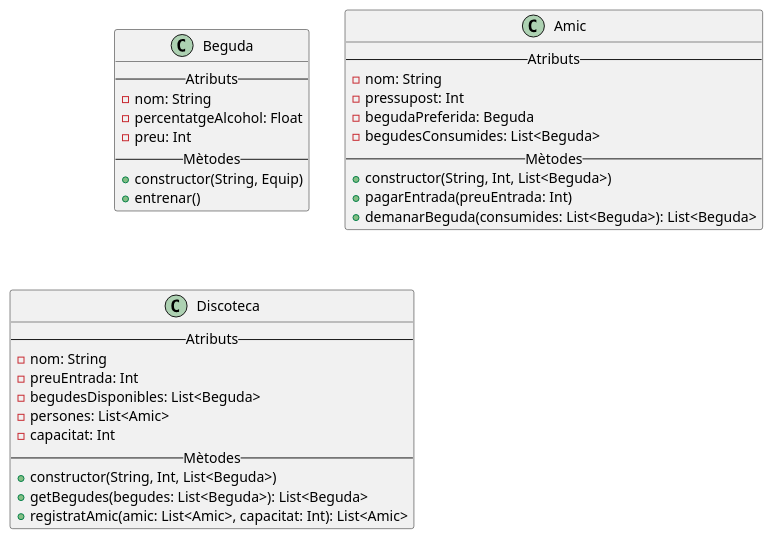
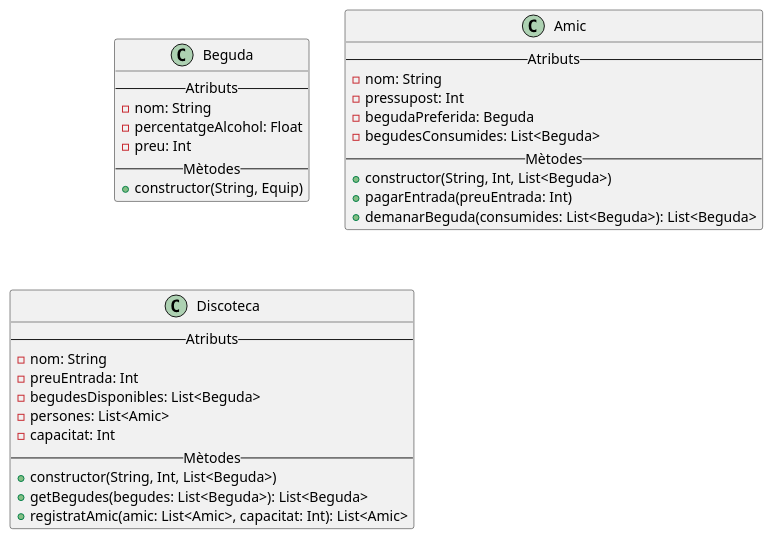
The diagram in src/main/kotlin/uml/Exercici6-Festa.puml (Dani-Alarcon/M5-A08-Disseny-de-diagrames-Classes-Dani-Alarcon), drawn with PlantUML before and after one commit. The commit also changed 2 other files, not shown here.

```diff
--- a/src/main/kotlin/uml/Exercici6-Festa.puml
+++ b/src/main/kotlin/uml/Exercici6-Festa.puml
@@ -1,39 +1,38 @@
 @startuml
 'https://plantuml.com/class-diagram
 
 class Beguda{
     -- Atributs --
     - nom: String
     - percentatgeAlcohol: Float
     - preu: Int
     -- Mètodes --
     + constructor(String, Equip)
-    + entrenar()
 }
 
 class Amic {
     -- Atributs --
     - nom: String
     - pressupost: Int
     - begudaPreferida: Beguda
     - begudesConsumides: List<Beguda>
     -- Mètodes --
     + constructor(String, Int, List<Beguda>)
     + pagarEntrada(preuEntrada: Int)
     + demanarBeguda(consumides: List<Beguda>): List<Beguda>
 }
 
 class Discoteca {
     -- Atributs --
     - nom: String
     - preuEntrada: Int
     - begudesDisponibles: List<Beguda>
     - persones: List<Amic>
     - capacitat: Int
     -- Mètodes --
     + constructor(String, Int, List<Beguda>)
     + getBegudes(begudes: List<Beguda>): List<Beguda>
     + registratAmic(amic: List<Amic>, capacitat: Int): List<Amic>
 }
 
 @enduml
```
